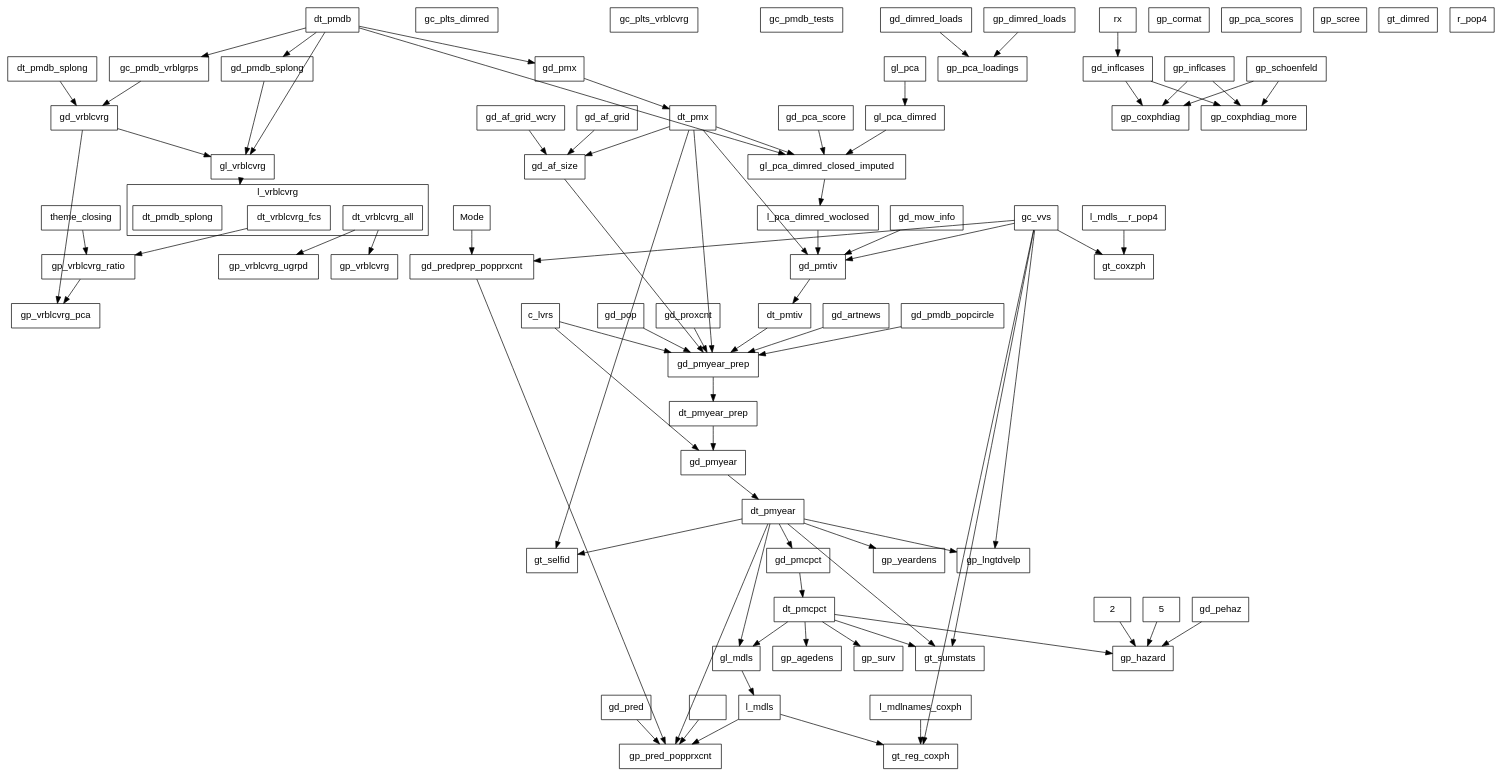
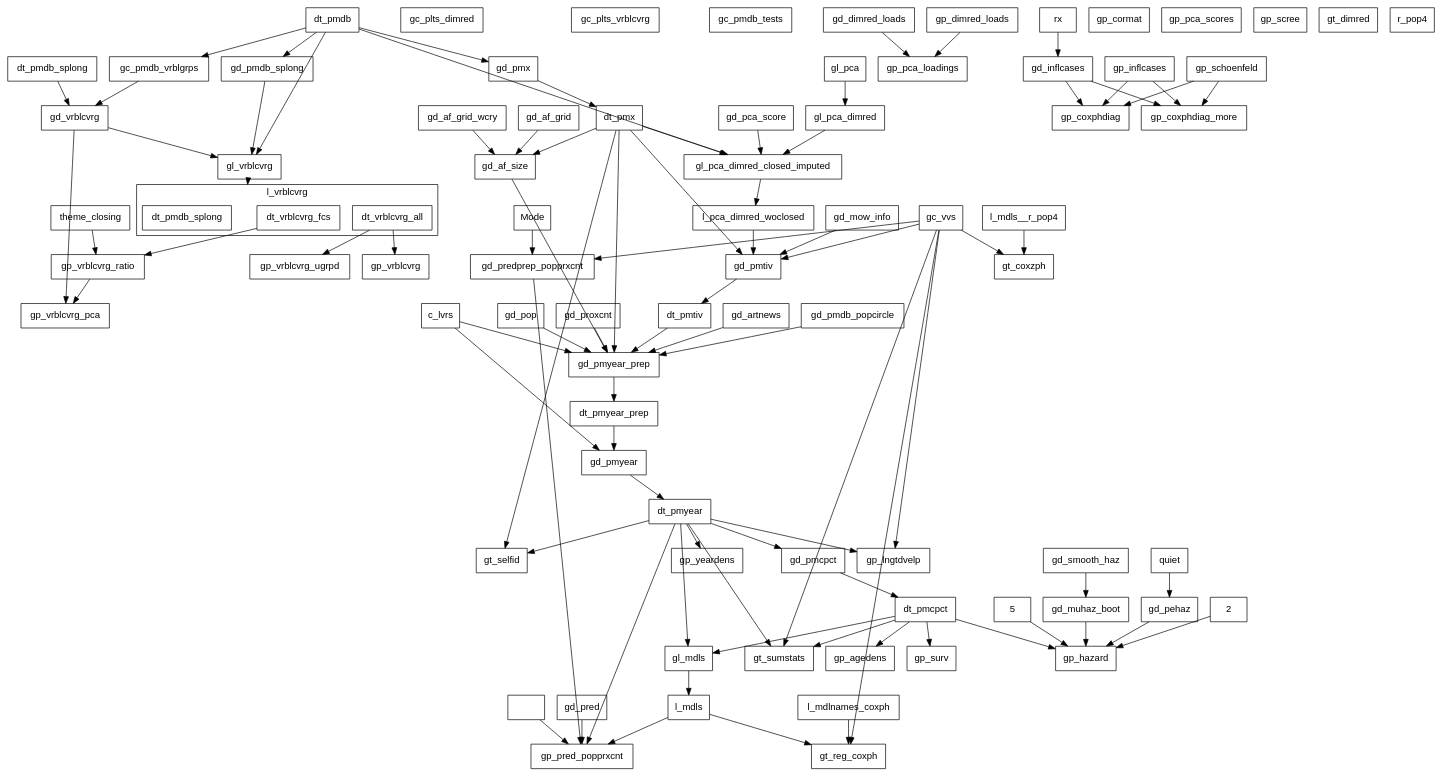
The diagram in misc/callgraph2.dot (swhalemwo/pm_closing), drawn with Graphviz before and after one commit. The commit also changed 3 other files, not shown here.

```diff
--- a/misc/callgraph2.dot
+++ b/misc/callgraph2.dot
@@ -1,168 +1,174 @@
 digraph D {
  compound = true;
  splines = false; fontname=helvetica;
  node [shape=box, fontsize = 14, fontname=helvetica];
  edge [style = solid];
  
  subgraph cluster_l_vrblcvrg {
  label = "l_vrblcvrg";
  l_vrblcvrg__dt_vrblcvrg_all [label=dt_vrblcvrg_all]; 
 l_vrblcvrg__dt_vrblcvrg_fcs [label=dt_vrblcvrg_fcs]; 
 l_vrblcvrg [label = "", color=transparent, width=0, height=0]; 
 l_vrblcvrg__dt_pmdb_splong [label=dt_pmdb_splong] 
 } 
  gc_plts_dimred; 
 gc_plts_vrblcvrg; 
 gc_pmdb_tests; 
 gc_pmdb_vrblgrps; 
 gc_vvs; 
 gd_af_grid; 
 gd_af_grid_wcry; 
 gd_af_size; 
 gd_artnews; 
 gd_dimred_loads; 
 gd_inflcases; 
 gd_mow_info; 
+gd_muhaz_boot; 
 gd_pca_score; 
 gd_pehaz; 
 gd_pmcpct; 
 gd_pmdb_popcircle; 
 gd_pmdb_splong; 
 gd_pmtiv; 
 gd_pmx; 
 gd_pmyear; 
 gd_pmyear_prep; 
 gd_pop; 
 gd_pred; 
 gd_predprep_popprxcnt; 
 gd_proxcnt; 
+gd_smooth_haz; 
 gd_vrblcvrg; 
 gl_mdls; 
 gl_pca; 
 gl_pca_dimred; 
 gl_pca_dimred_closed_imputed; 
 gl_vrblcvrg; 
 gp_agedens; 
 gp_cormat; 
 gp_coxphdiag; 
 gp_coxphdiag_more; 
 gp_dimred_loads; 
 gp_hazard; 
 gp_inflcases; 
 gp_lngtdvelp; 
 gp_pca_loadings; 
 gp_pca_scores; 
 gp_pred_popprxcnt; 
 gp_schoenfeld; 
 gp_scree; 
 gp_surv; 
 gp_vrblcvrg; 
 gp_vrblcvrg_pca; 
 gp_vrblcvrg_ratio; 
 gp_vrblcvrg_ugrpd; 
 gp_yeardens; 
 gt_coxzph; 
 gt_dimred; 
 gt_reg_coxph; 
 gt_selfid; 
 gt_sumstats; 
 Mode; 
+quiet; 
 theme_closing; 
 dt_pmdb; 
 dt_pmdb_splong; 
 dt_pmx; 
 l_pca_dimred_woclosed; 
 dt_pmtiv; 
 c_lvrs; 
 dt_pmyear_prep; 
 dt_pmyear; 
 dt_pmcpct; 
 2; 
 5; 
 rx; 
 ""r_pop4""; 
 l_mdls; 
 l_mdls__r_pop4; 
 l_mdlnames_coxph 
  ""r_pop4"" -> gp_pred_popprxcnt; 
 2 -> gp_hazard; 
 5 -> gp_hazard; 
 Mode -> gd_predprep_popprxcnt; 
 c_lvrs -> gd_pmyear; 
 c_lvrs -> gd_pmyear_prep; 
 dt_pmcpct -> gl_mdls; 
 dt_pmcpct -> gp_agedens; 
 dt_pmcpct -> gp_hazard; 
 dt_pmcpct -> gp_surv; 
 dt_pmcpct -> gt_sumstats; 
 dt_pmdb -> gc_pmdb_vrblgrps; 
 dt_pmdb -> gd_pmdb_splong; 
 dt_pmdb -> gd_pmx; 
 dt_pmdb -> gl_pca_dimred_closed_imputed; 
 dt_pmdb -> gl_vrblcvrg; 
 dt_pmdb_splong -> gd_vrblcvrg; 
 dt_pmtiv -> gd_pmyear_prep; 
 dt_pmx -> gd_af_size; 
 dt_pmx -> gd_pmtiv; 
 dt_pmx -> gd_pmyear_prep; 
 dt_pmx -> gl_pca_dimred_closed_imputed; 
 dt_pmx -> gt_selfid; 
 dt_pmyear -> gd_pmcpct; 
 dt_pmyear -> gl_mdls; 
 dt_pmyear -> gp_lngtdvelp; 
 dt_pmyear -> gp_pred_popprxcnt; 
 dt_pmyear -> gp_yeardens; 
 dt_pmyear -> gt_selfid; 
 dt_pmyear -> gt_sumstats; 
 dt_pmyear_prep -> gd_pmyear; 
 gc_pmdb_vrblgrps -> gd_vrblcvrg; 
 gc_vvs -> gd_pmtiv; 
 gc_vvs -> gd_predprep_popprxcnt; 
 gc_vvs -> gp_lngtdvelp; 
 gc_vvs -> gt_coxzph; 
 gc_vvs -> gt_reg_coxph; 
 gc_vvs -> gt_sumstats; 
 gd_af_grid -> gd_af_size; 
 gd_af_grid_wcry -> gd_af_size; 
 gd_af_size -> gd_pmyear_prep; 
 gd_artnews -> gd_pmyear_prep; 
 gd_dimred_loads -> gp_pca_loadings; 
 gd_inflcases -> gp_coxphdiag; 
 gd_inflcases -> gp_coxphdiag_more; 
 gd_mow_info -> gd_pmtiv; 
+gd_muhaz_boot -> gp_hazard; 
 gd_pca_score -> gl_pca_dimred_closed_imputed; 
 gd_pehaz -> gp_hazard; 
 gd_pmcpct -> dt_pmcpct; 
 gd_pmdb_popcircle -> gd_pmyear_prep; 
 gd_pmdb_splong -> gl_vrblcvrg; 
 gd_pmtiv -> dt_pmtiv; 
 gd_pmx -> dt_pmx; 
 gd_pmyear -> dt_pmyear; 
 gd_pmyear_prep -> dt_pmyear_prep; 
 gd_pop -> gd_pmyear_prep; 
 gd_pred -> gp_pred_popprxcnt; 
 gd_predprep_popprxcnt -> gp_pred_popprxcnt; 
 gd_proxcnt -> gd_pmyear_prep; 
+gd_smooth_haz -> gd_muhaz_boot; 
 gd_vrblcvrg -> gl_vrblcvrg; 
 gd_vrblcvrg -> gp_vrblcvrg_pca; 
 gl_mdls -> l_mdls; 
 gl_pca -> gl_pca_dimred; 
 gl_pca_dimred -> gl_pca_dimred_closed_imputed; 
 gl_pca_dimred_closed_imputed -> l_pca_dimred_woclosed; 
 gl_vrblcvrg -> l_vrblcvrg[lhead=cluster_l_vrblcvrg,ltail=gl_vrblcvrg]; 
 gp_dimred_loads -> gp_pca_loadings; 
 gp_inflcases -> gp_coxphdiag; 
 gp_inflcases -> gp_coxphdiag_more; 
 gp_schoenfeld -> gp_coxphdiag; 
 gp_schoenfeld -> gp_coxphdiag_more; 
 gp_vrblcvrg_ratio -> gp_vrblcvrg_pca; 
 l_mdlnames_coxph -> gt_reg_coxph; 
 l_mdls -> gp_pred_popprxcnt; 
 l_mdls -> gt_reg_coxph; 
 l_mdls__r_pop4 -> gt_coxzph; 
 l_pca_dimred_woclosed -> gd_pmtiv; 
 l_vrblcvrg__dt_vrblcvrg_all -> gp_vrblcvrg; 
 l_vrblcvrg__dt_vrblcvrg_all -> gp_vrblcvrg_ugrpd; 
 l_vrblcvrg__dt_vrblcvrg_fcs -> gp_vrblcvrg_ratio; 
+quiet -> gd_pehaz; 
 rx -> gd_inflcases; 
 theme_closing -> gp_vrblcvrg_ratio }
```
